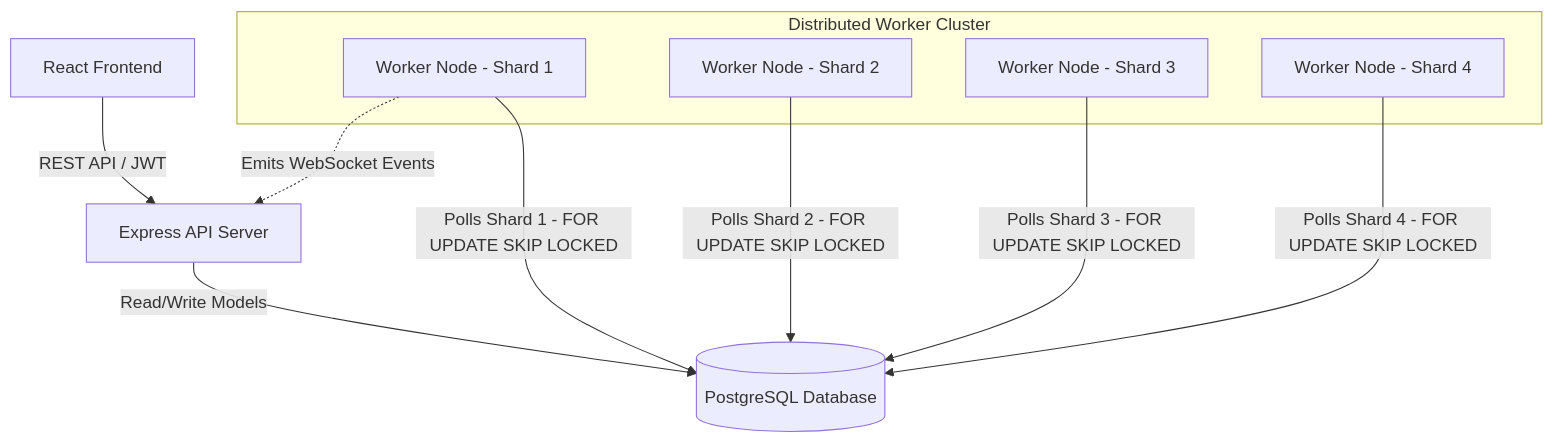
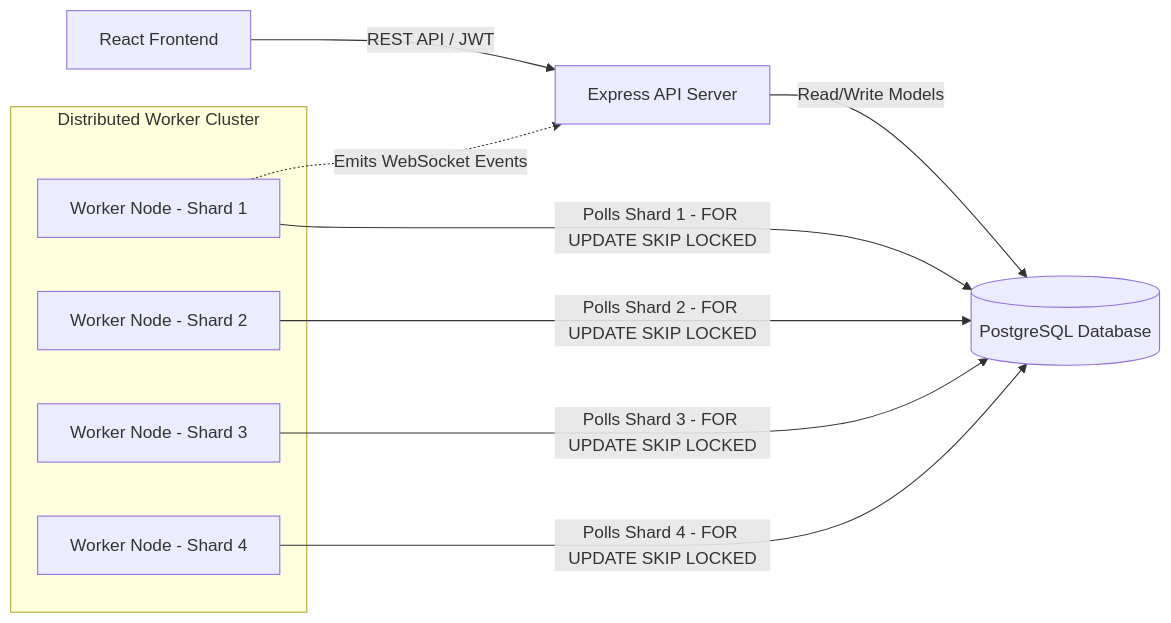
The diagram in docs/architecture.md (AshritaPandey/Codity-Assessment), drawn with Mermaid before and after one commit. The commit also changed 3 other files, not shown here.

Commit message:
docs: update diagrams to horizontal layout

````diff
--- a/docs/architecture.md
+++ b/docs/architecture.md
@@ -31,19 +31,19 @@
 ```mermaid
-graph TD
+graph LR
     Client[React Frontend] -->|REST API / JWT| API[Express API Server]
     API -->|Read/Write Models| DB[(PostgreSQL Database)]
     
     subgraph Distributed Worker Cluster
         Worker1[Worker Node - Shard 1]
         Worker2[Worker Node - Shard 2]
         Worker3[Worker Node - Shard 3]
         Worker4[Worker Node - Shard 4]
     end
     
     Worker1 -->|Polls Shard 1 - FOR UPDATE SKIP LOCKED| DB
     Worker2 -->|Polls Shard 2 - FOR UPDATE SKIP LOCKED| DB
     Worker3 -->|Polls Shard 3 - FOR UPDATE SKIP LOCKED| DB
     Worker4 -->|Polls Shard 4 - FOR UPDATE SKIP LOCKED| DB
     
     Worker1 -.->|Emits WebSocket Events| API
 ```
````
